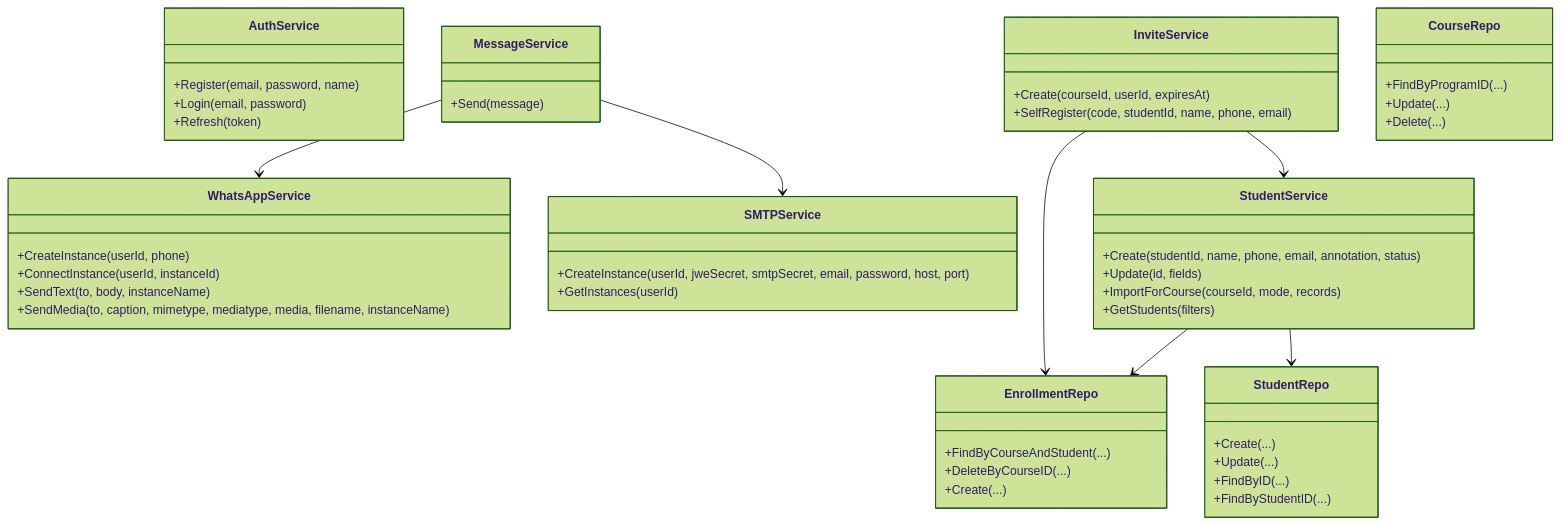
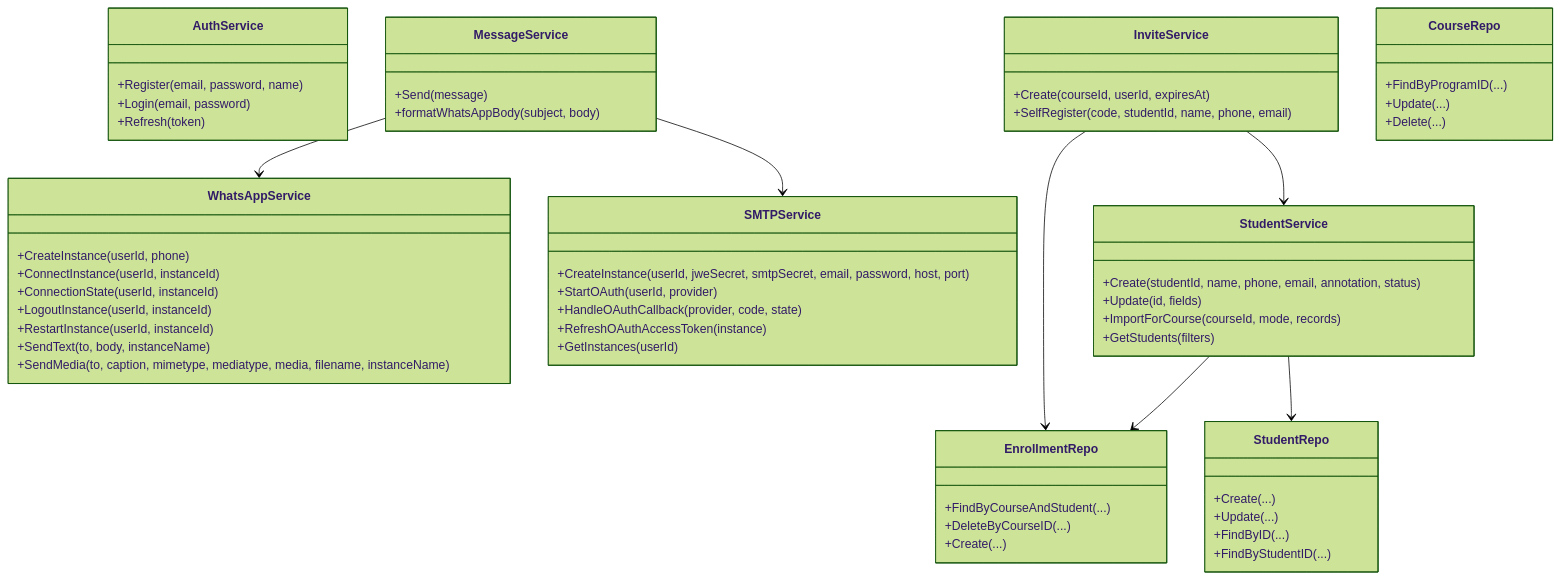
Before and after one commit to ThalysSilva/unicast-backend: the fifth of 8 diagrams in README.md, drawn with Mermaid (forest theme). The commit also changed other lines of this file, not shown here.

````diff
--- a/README.md
+++ b/README.md
@@ -208,54 +221,61 @@
 ```mermaid
 classDiagram
     class AuthService {
       +Register(email, password, name)
       +Login(email, password)
       +Refresh(token)
     }
     class InviteService {
       +Create(courseId, userId, expiresAt)
       +SelfRegister(code, studentId, name, phone, email)
     }
     class MessageService {
       +Send(message)
+      +formatWhatsAppBody(subject, body)
     }
     class WhatsAppService {
       +CreateInstance(userId, phone)
       +ConnectInstance(userId, instanceId)
+      +ConnectionState(userId, instanceId)
+      +LogoutInstance(userId, instanceId)
+      +RestartInstance(userId, instanceId)
       +SendText(to, body, instanceName)
       +SendMedia(to, caption, mimetype, mediatype, media, filename, instanceName)
     }
     class SMTPService {
       +CreateInstance(userId, jweSecret, smtpSecret, email, password, host, port)
+      +StartOAuth(userId, provider)
+      +HandleOAuthCallback(provider, code, state)
+      +RefreshOAuthAccessToken(instance)
       +GetInstances(userId)
     }
     class StudentService {
       +Create(studentId, name, phone, email, annotation, status)
       +Update(id, fields)
       +ImportForCourse(courseId, mode, records)
       +GetStudents(filters)
     }
     class EnrollmentRepo {
       +FindByCourseAndStudent(...)
       +DeleteByCourseID(...)
       +Create(...)
     }
     class StudentRepo {
       +Create(...)
       +Update(...)
       +FindByID(...)
       +FindByStudentID(...)
     }
     class CourseRepo {
       +FindByProgramID(...)
       +Update(...)
       +Delete(...)
     }
 
     MessageService --> WhatsAppService
     MessageService --> SMTPService
     InviteService --> EnrollmentRepo
     InviteService --> StudentService
     StudentService --> StudentRepo
     StudentService --> EnrollmentRepo
 ```
````
